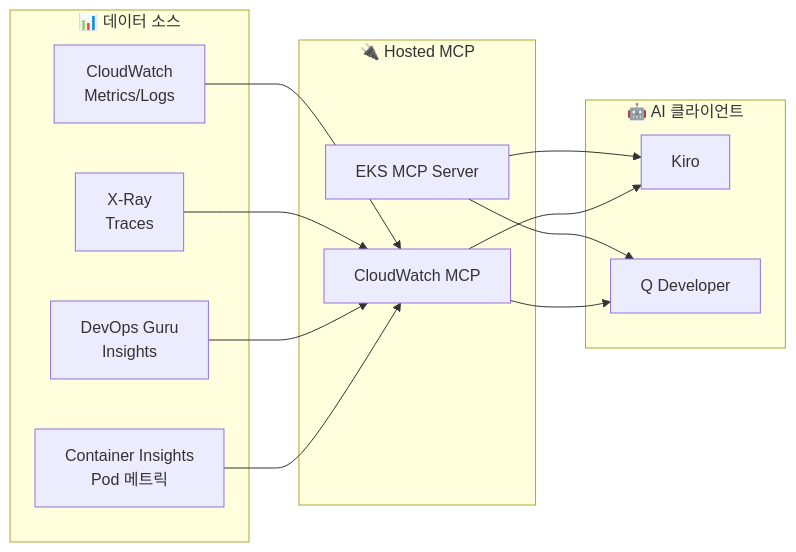
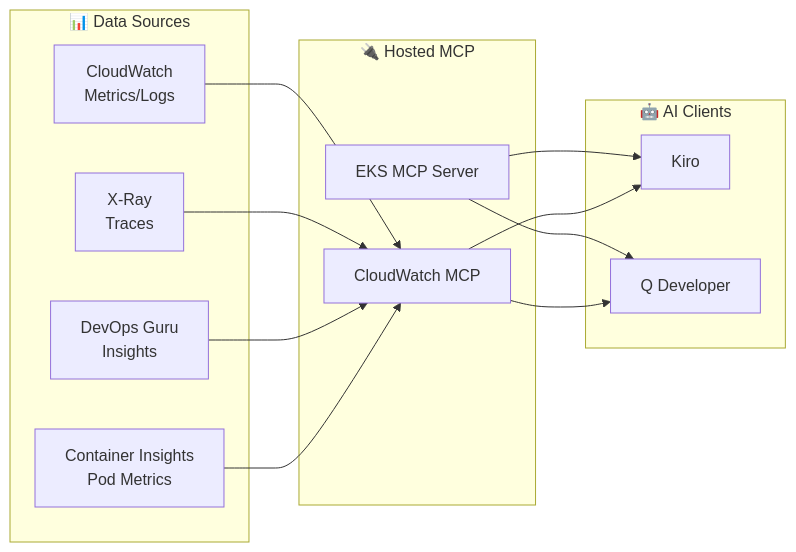
One commit to devfloor9/engineering-playbook changed the second of 3 diagrams in docs/aidlc/operations/observability-stack.md. Above: the diagram before and after it, drawn with Mermaid. The commit also changed other lines of this file and 954 other files, not shown here.

````diff
--- a/docs/aidlc/operations/observability-stack.md
+++ b/docs/aidlc/operations/observability-stack.md
@@ -342,29 +342,29 @@
 ```mermaid
 graph LR
-    subgraph DataSources["📊 데이터 소스"]
+    subgraph DataSources["📊 Data Sources"]
         CW["CloudWatch<br/>Metrics/Logs"]
         XR["X-Ray<br/>Traces"]
         DG["DevOps Guru<br/>Insights"]
-        CI["Container Insights<br/>Pod 메트릭"]
+        CI["Container Insights<br/>Pod Metrics"]
     end
 
     subgraph MCP["🔌 Hosted MCP"]
         EKS_MCP["EKS MCP Server"]
         CW_MCP["CloudWatch MCP"]
     end
 
-    subgraph Clients["🤖 AI 클라이언트"]
+    subgraph Clients["🤖 AI Clients"]
         Kiro["Kiro"]
         QDev["Q Developer"]
     end
 
     CW --> CW_MCP
     XR --> CW_MCP
     DG --> CW_MCP
     CI --> CW_MCP
 
     EKS_MCP --> Kiro
     EKS_MCP --> QDev
     CW_MCP --> Kiro
     CW_MCP --> QDev
 ```
````
